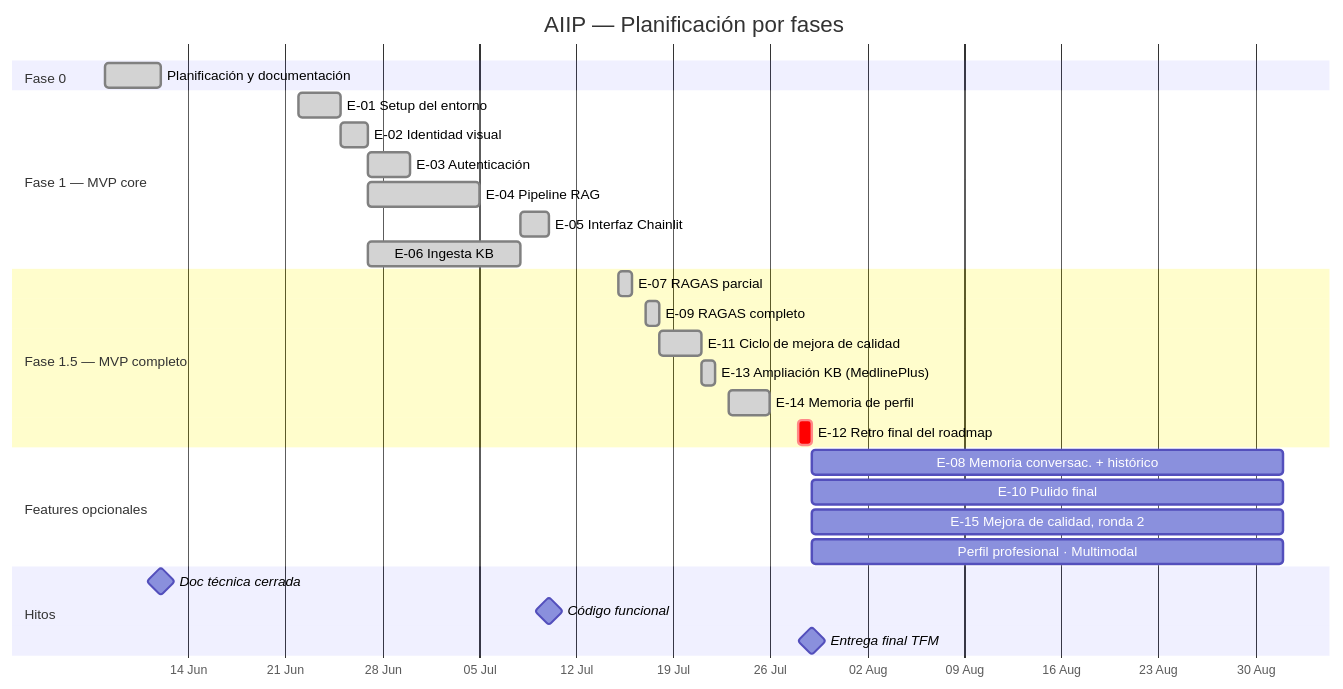
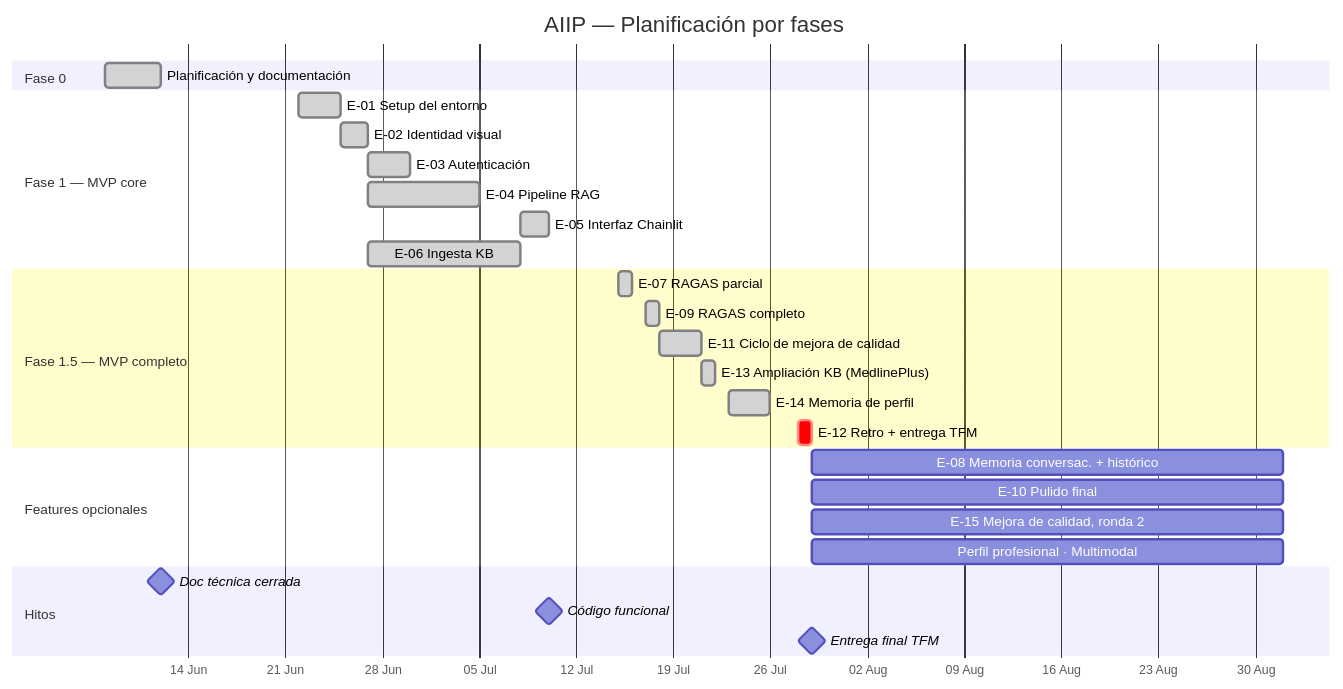
The fourth of 4 diagrams in README.md (mimpho/aiip), drawn with Mermaid before and after one commit. The commit also changed other lines of this file and 3 other files, not shown here.

Commit message:
docs: update technical specifications and architectural diagrams to reflect current implementation and project scope.

````diff
--- a/README.md
+++ b/README.md
@@ -77,36 +612,36 @@
 ```mermaid
 gantt
     title AIIP — Planificación por fases
     dateFormat  YYYY-MM-DD
     axisFormat  %d %b
 
     section Fase 0
     Planificación y documentación     :done,    f0, 2026-06-08, 2026-06-12
 
     section Fase 1 — MVP core
     E-01 Setup del entorno            :done,    e01, 2026-06-22, 2026-06-25
     E-02 Identidad visual             :done,    e02, 2026-06-25, 2026-06-27
     E-03 Autenticación                :done,    e03, 2026-06-27, 2026-06-30
     E-04 Pipeline RAG                 :done,    e04, 2026-06-27, 2026-07-05
     E-05 Interfaz Chainlit            :done,    e05, 2026-07-08, 2026-07-10
     E-06 Ingesta KB                   :done,    e06, 2026-06-27, 2026-07-08
 
     section Fase 1.5 — MVP completo
     E-07 RAGAS parcial                :done,    e07, 2026-07-15, 2026-07-16
     E-09 RAGAS completo                :done,    e09, 2026-07-17, 2026-07-18
     E-11 Ciclo de mejora de calidad   :done,    e11, 2026-07-18, 2026-07-21
     E-13 Ampliación KB (MedlinePlus)  :done,    e13, 2026-07-21, 2026-07-22
     E-14 Memoria de perfil            :done,    e14, 2026-07-23, 2026-07-26
-    E-12 Retro final del roadmap      :crit,    e12, 2026-07-28, 2026-07-29
+    E-12 Retro + entrega TFM          :crit,    e12, 2026-07-28, 2026-07-29
 
     section Features opcionales
     E-08 Memoria conversac. + histórico :       e08, 2026-07-29, 2026-09-01
     E-10 Pulido final                 :         e10, 2026-07-29, 2026-09-01
     E-15 Mejora de calidad, ronda 2   :         e15, 2026-07-29, 2026-09-01
     Perfil profesional · Multimodal   :         fo, 2026-07-29, 2026-09-01
 
     section Hitos
     Doc técnica cerrada               :milestone, 2026-06-12, 0d
     Código funcional                  :milestone, 2026-07-10, 0d
     Entrega final TFM                 :milestone, 2026-07-29, 0d
 ```
````
